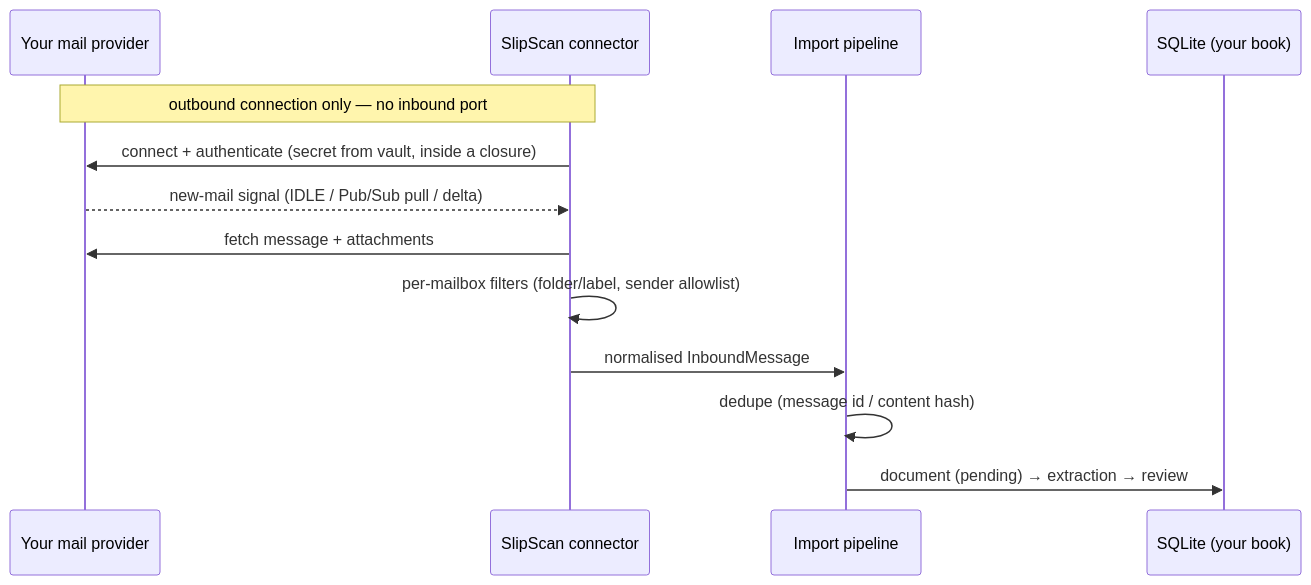
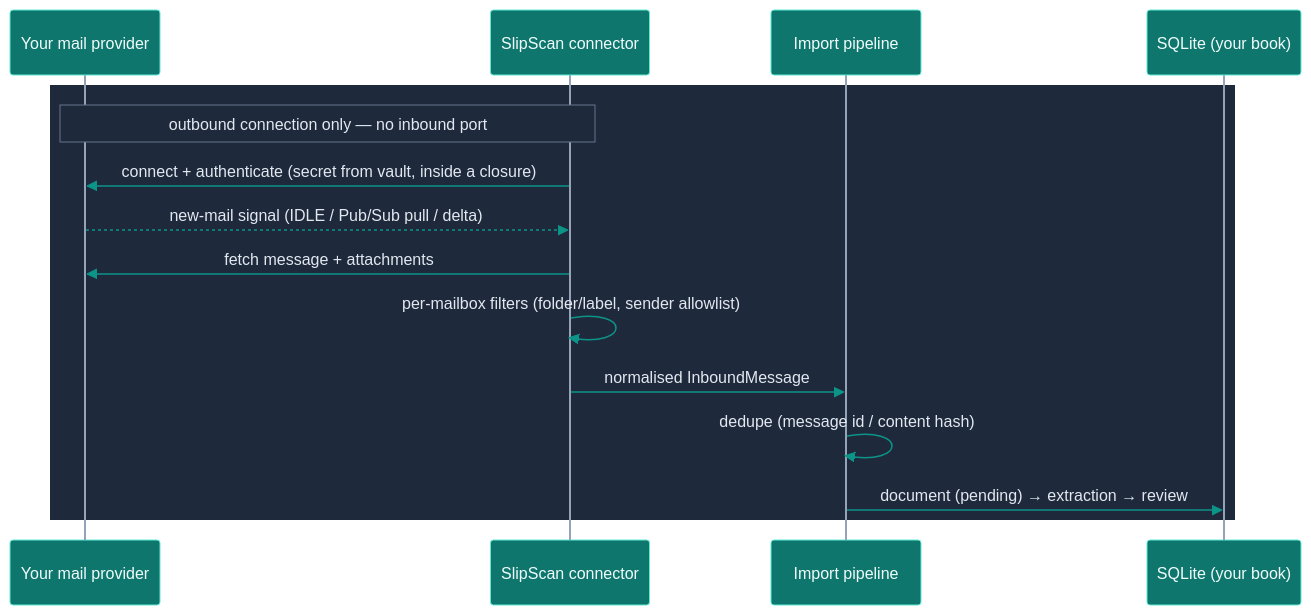
The diagram in docs/EMAIL.md (vul-os/slipscan), drawn with Mermaid before and after one commit. The commit also changed 1 other file, not shown here.

````diff
--- a/docs/EMAIL.md
+++ b/docs/EMAIL.md
@@ -37,16 +37,19 @@
 ```mermaid
+%%{init: {'theme':'base','themeVariables':{'fontFamily':'ui-monospace, SFMono-Regular, Menlo, monospace','actorBkg':'#0f766e','actorBorder':'#5eead4','actorTextColor':'#f0fdfa','actorLineColor':'#94a3b8','signalColor':'#0d9488','signalTextColor':'#e2e8f0','noteBkgColor':'#1e293b','noteBorderColor':'#64748b','noteTextColor':'#e2e8f0'}}}%%
 sequenceDiagram
     participant M as Your mail provider
     participant C as SlipScan connector
     participant P as Import pipeline
     participant DB as SQLite (your book)
 
+    rect rgb(30, 41, 59)
     Note over M,C: outbound connection only — no inbound port
     C->>M: connect + authenticate (secret from vault, inside a closure)
     M-->>C: new-mail signal (IDLE / Pub/Sub pull / delta)
     C->>M: fetch message + attachments
     C->>C: per-mailbox filters (folder/label, sender allowlist)
     C->>P: normalised InboundMessage
     P->>P: dedupe (message id / content hash)
     P->>DB: document (pending) → extraction → review
+    end
 ```
````
